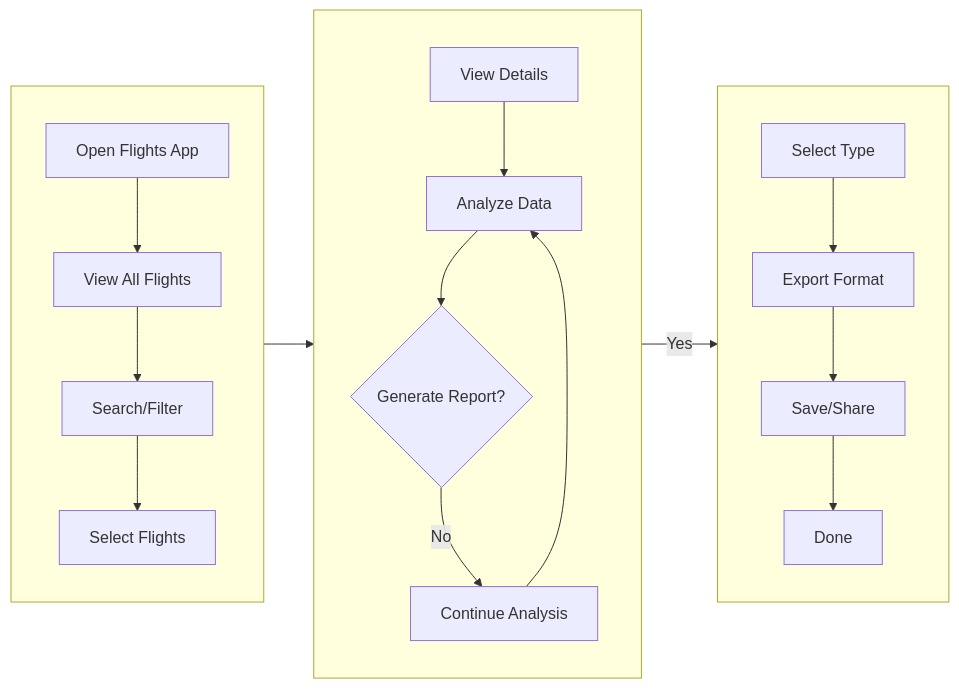
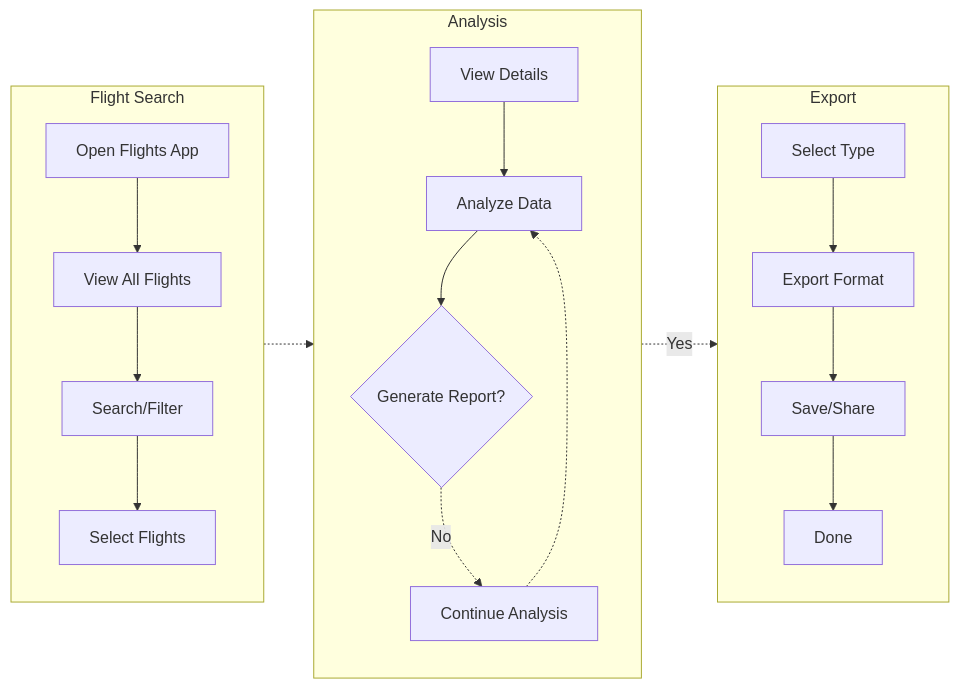
Before and after one commit to RoundRobinHood/cogniflight-cloud: the tenth of 10 diagrams in docs/SEN3781_Assignment4_Information_Architecture_Report.md, drawn with Mermaid. The commit also changed other lines of this file, not shown here.

Commit message:
improved diagram readability

````diff
--- a/docs/SEN3781_Assignment4_Information_Architecture_Report.md
+++ b/docs/SEN3781_Assignment4_Information_Architecture_Report.md
@@ -523,24 +536,24 @@
 ```mermaid
 flowchart LR
-    subgraph row1[" "]
+    subgraph s1["Flight Search"]
         direction TB
         A[Open Flights App] --> B[View All Flights]
         B --> C[Search/Filter]
         C --> D[Select Flights]
     end
-    subgraph row2[" "]
+    subgraph s2["Analysis"]
         direction TB
         E[View Details] --> F[Analyze Data]
         F --> G{Generate Report?}
-        G -->|No| J[Continue Analysis]
+        G -.->|No| J[Continue Analysis]
+        J -.-> F
     end
-    subgraph row3[" "]
+    subgraph s3["Export"]
         direction TB
         H[Select Type] --> I[Export Format]
         I --> K[Save/Share]
         K --> L[Done]
     end
-    D --> E
-    G -->|Yes| H
-    J --> F
+    D -.-> E
+    G -.->|Yes| H
 ```
````
